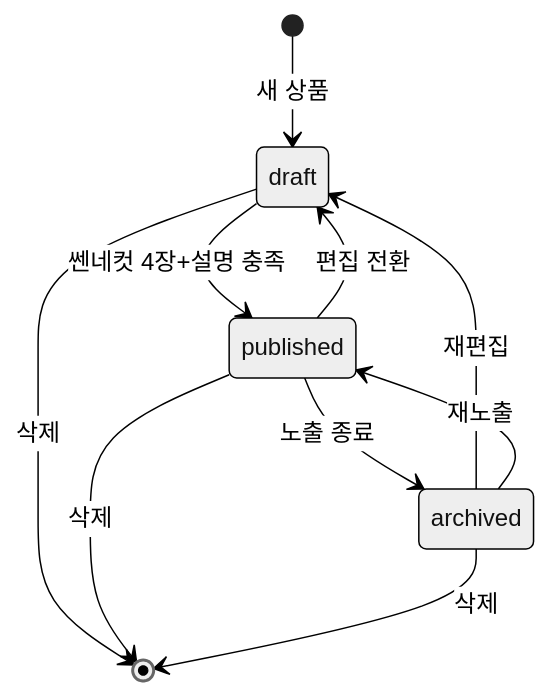
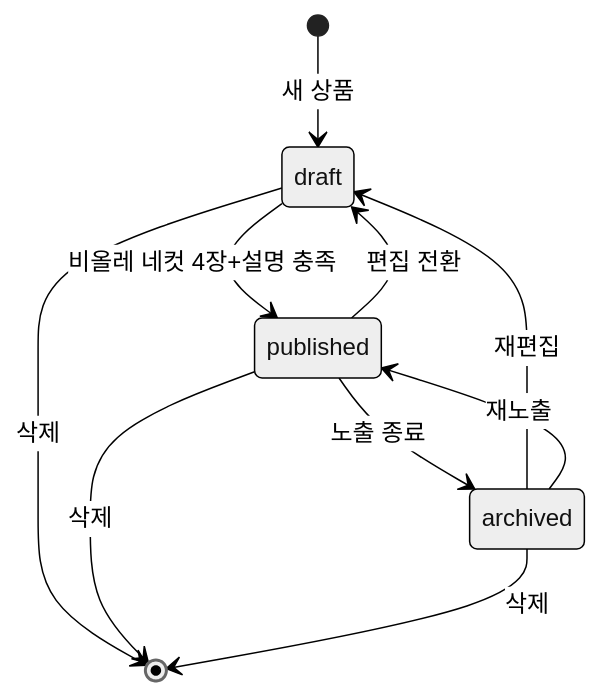
The third of 14 diagrams in README.md (hwangsanghan0519/blog), drawn with Mermaid (neutral theme) before and after one commit. The commit also changed other lines of this file and 27 other files, not shown here.

````diff
--- a/README.md
+++ b/README.md
@@ -108,12 +108,12 @@
 ```mermaid
 stateDiagram-v2
   [*] --> draft: 새 상품
-  draft --> published: 쎈네컷 4장+설명 충족
+  draft --> published: 비올레 네컷 4장+설명 충족
   published --> draft: 편집 전환
   published --> archived: 노출 종료
   archived --> draft: 재편집
   archived --> published: 재노출
   draft --> [*]: 삭제
   published --> [*]: 삭제
   archived --> [*]: 삭제
 ```
````
